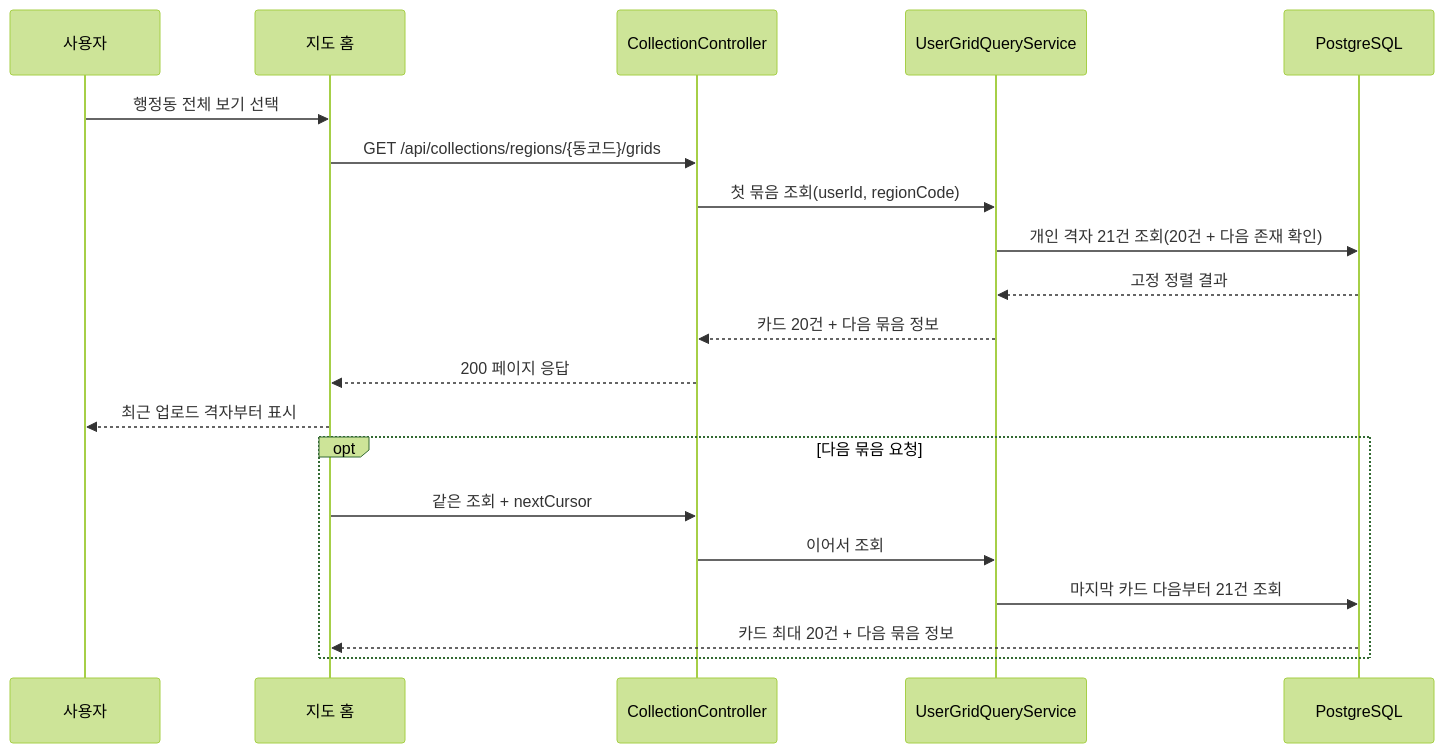
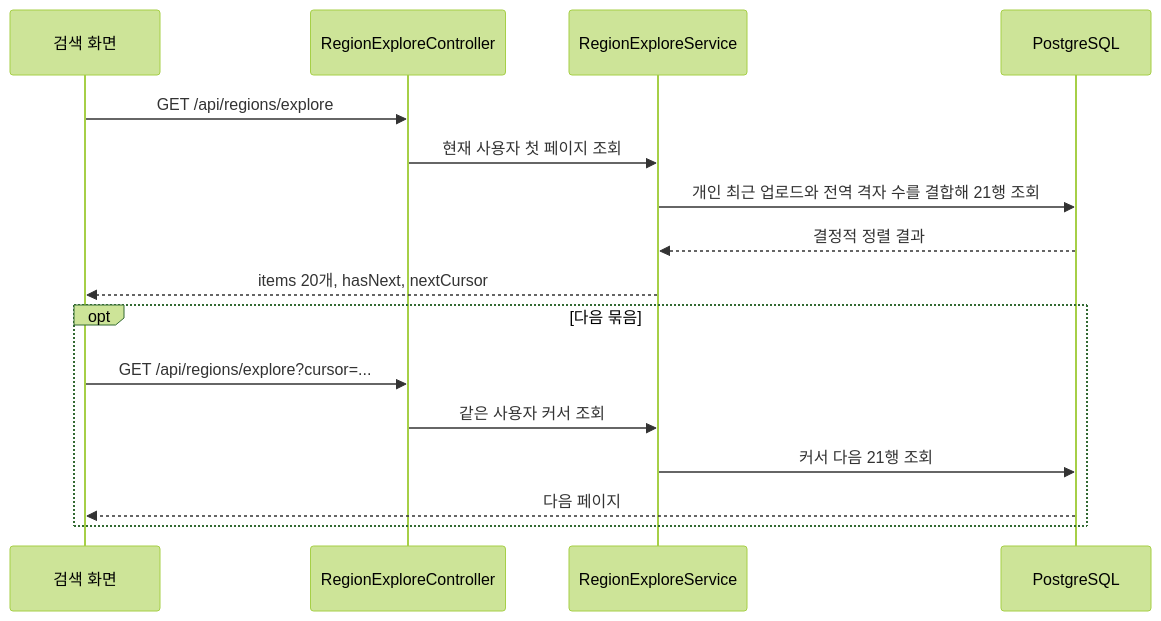
One commit to ASM-MSG/BE changed the first of 2 diagrams in docs/prd/MSG-460-prd.md. Above: the diagram before and after it, drawn with Mermaid (forest theme). The commit also changed other lines of this file and 5 other files, not shown here.

````diff
--- a/docs/prd/MSG-460-prd.md
+++ b/docs/prd/MSG-460-prd.md
@@ -48,24 +48,18 @@
 ```mermaid
 sequenceDiagram
-    participant U as 사용자
-    participant FE as 지도 홈
-    participant API as CollectionController
-    participant S as UserGridQueryService
+    participant FE as 검색 화면
+    participant API as RegionExploreController
+    participant S as RegionExploreService
     participant DB as PostgreSQL
-
-    U->>FE: 행정동 전체 보기 선택
-    FE->>API: GET /api/collections/regions/{동코드}/grids
-    API->>S: 첫 묶음 조회(userId, regionCode)
-    S->>DB: 개인 격자 21건 조회(20건 + 다음 존재 확인)
-    DB-->>S: 고정 정렬 결과
-    S-->>API: 카드 20건 + 다음 묶음 정보
-    API-->>FE: 200 페이지 응답
-    FE-->>U: 최근 업로드 격자부터 표시
-
-    opt 다음 묶음 요청
-        FE->>API: 같은 조회 + nextCursor
-        API->>S: 이어서 조회
-        S->>DB: 마지막 카드 다음부터 21건 조회
-        DB-->>FE: 카드 최대 20건 + 다음 묶음 정보
+    FE->>API: GET /api/regions/explore
+    API->>S: 현재 사용자 첫 페이지 조회
+    S->>DB: 개인 최근 업로드와 전역 격자 수를 결합해 21행 조회
+    DB-->>S: 결정적 정렬 결과
+    S-->>FE: items 20개, hasNext, nextCursor
+    opt 다음 묶음
+        FE->>API: GET /api/regions/explore?cursor=...
+        API->>S: 같은 사용자 커서 조회
+        S->>DB: 커서 다음 21행 조회
+        DB-->>FE: 다음 페이지
     end
 ```
````
